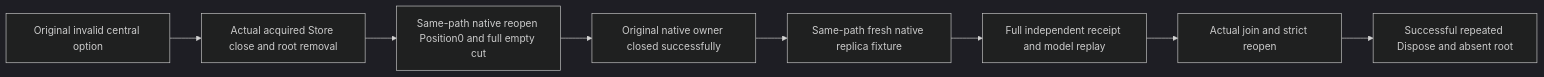
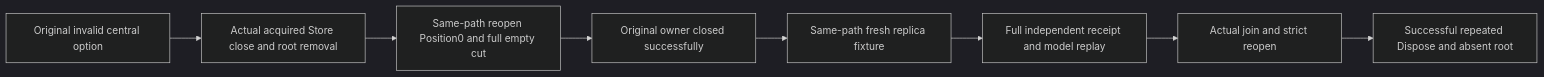
Before and after one commit to managedcode/KeyLoad: the diagram in docs/Features/ResourceExecution/TestDatabaseConstructorRollbackContinuation.md, drawn with Mermaid (dark theme). The commit also changed other lines of this file and 9016 other files, not shown here.

````diff
--- a/docs/Features/ResourceExecution/TestDatabaseConstructorRollbackContinuation.md
+++ b/docs/Features/ResourceExecution/TestDatabaseConstructorRollbackContinuation.md
@@ -11,10 +11,10 @@
 ```mermaid
 flowchart LR
   Invalid[Original invalid central option] --> Rollback[Actual acquired Store close and root removal]
-  Rollback --> Empty[Same-path native reopen Position0 and full empty cut]
-  Empty --> Close[Original native owner closed successfully]
-  Close --> Fresh[Same-path fresh native replica fixture]
+  Rollback --> Empty[Same-path reopen Position0 and full empty cut]
+  Empty --> Close[Original owner closed successfully]
+  Close --> Fresh[Same-path fresh replica fixture]
   Fresh --> Ack[Full independent receipt and model replay]
   Ack --> Joined[Actual join and strict reopen]
   Joined --> Dispose[Successful repeated Dispose and absent root]
 ```
````
